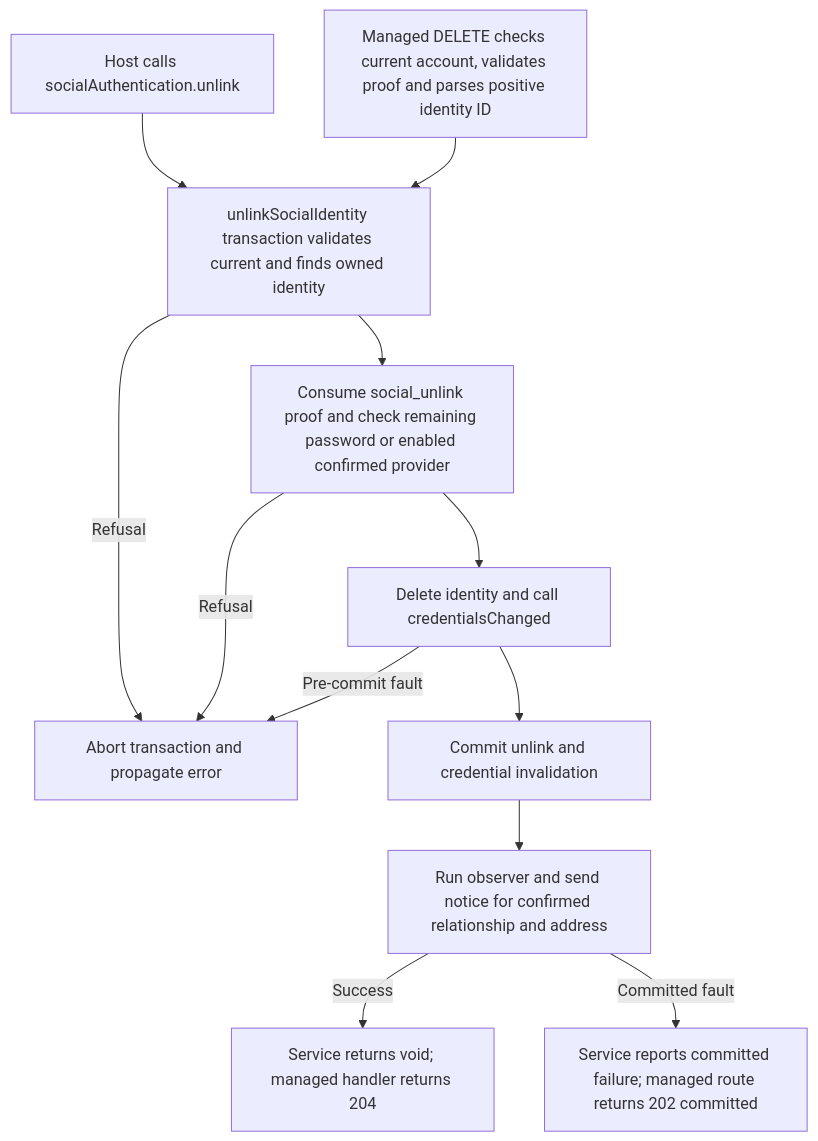
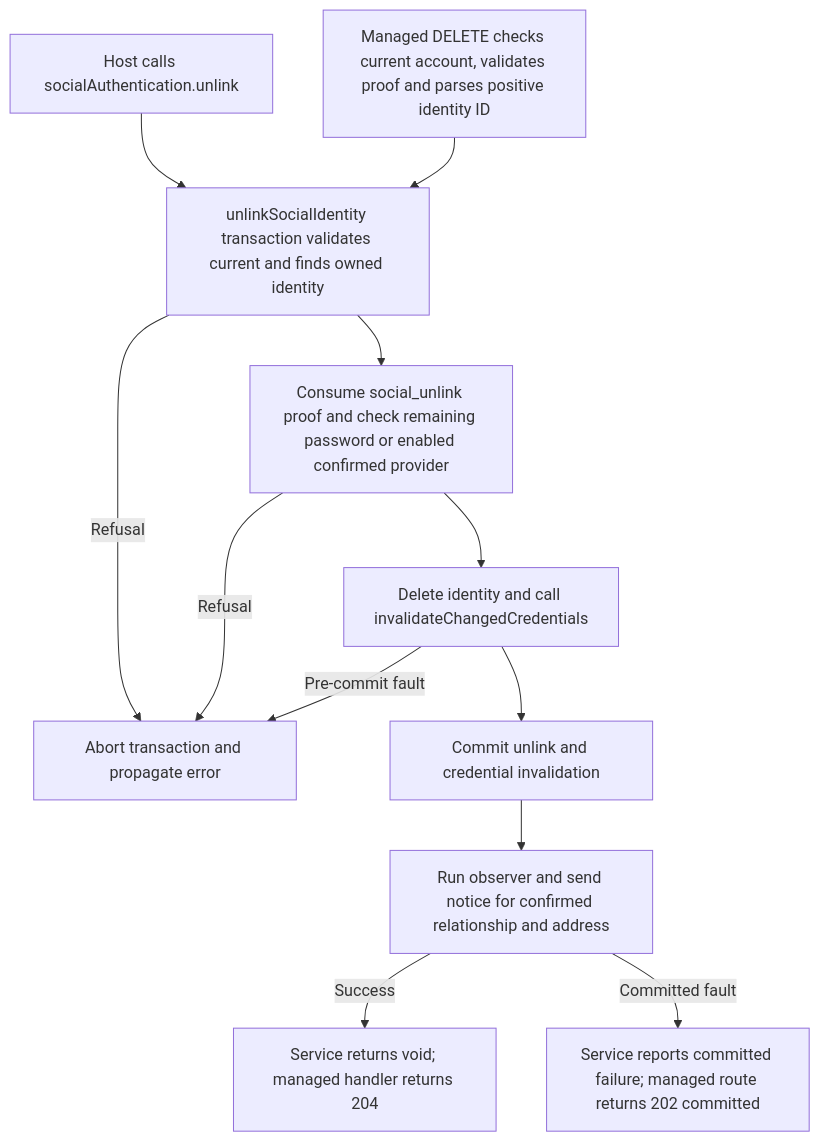
One commit to Kevinjohn/oss-adonisjs-account-kit changed the second of 2 diagrams in user-stories/US-ACCOUNT-22-unlink-social-identity.md. Above: the diagram before and after it, drawn with Mermaid. The commit also changed 29 other files, not shown here.

````diff
--- a/user-stories/US-ACCOUNT-22-unlink-social-identity.md
+++ b/user-stories/US-ACCOUNT-22-unlink-social-identity.md
@@ -34,14 +34,14 @@
 ```mermaid
 flowchart TD
  H["Host calls socialAuthentication.unlink"] --> A
  M["Managed DELETE checks current account, validates proof and parses positive identity ID"] --> A
  A["unlinkSocialIdentity transaction validates current and finds owned identity"] --> P["Consume social_unlink proof and check remaining password or enabled confirmed provider"]
- P --> F["Delete identity and call credentialsChanged"]
+ P --> F["Delete identity and call invalidateChangedCredentials"]
  A -->|Refusal| E["Abort transaction and propagate error"]
  P -->|Refusal| E
  F -->|Pre-commit fault| E
  F --> C["Commit unlink and credential invalidation"]
  C --> O["Run observer and send notice for confirmed relationship and address"]
  O -->|Success| S["Service returns void; managed handler returns 204"]
  O -->|Committed fault| D["Service reports committed failure; managed route returns 202 committed"]
 ```
````
